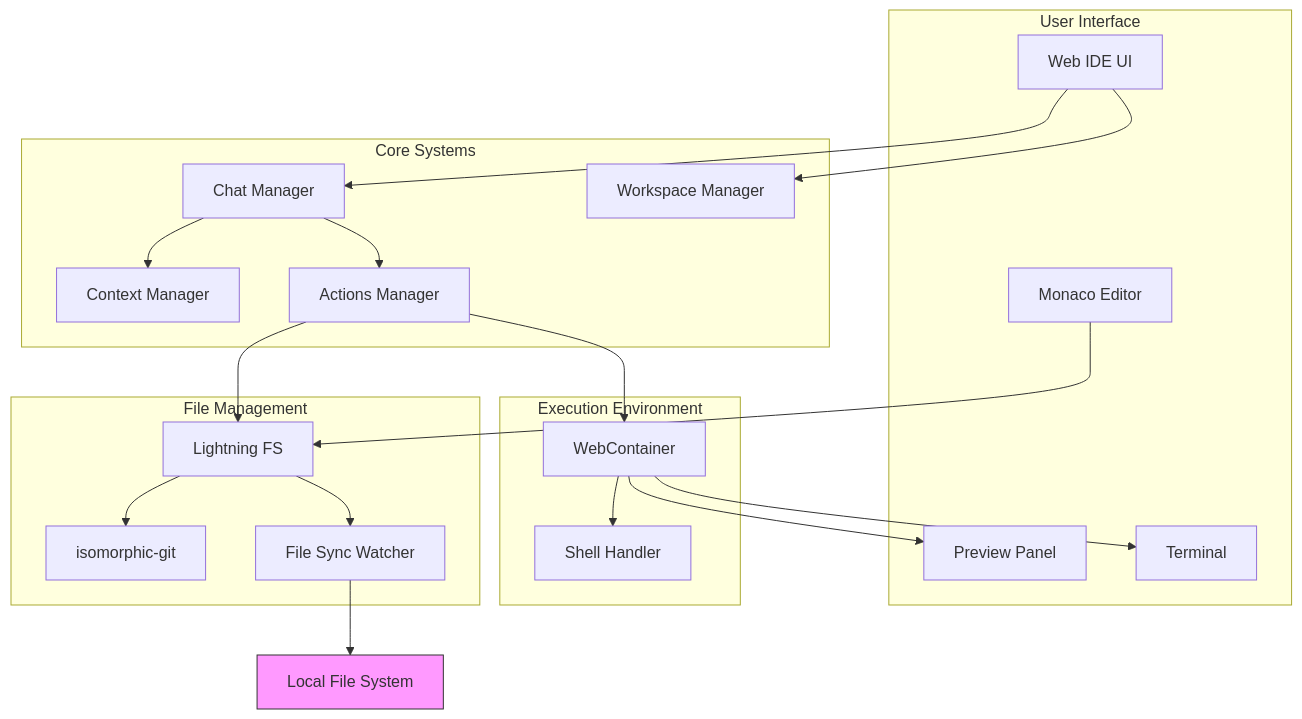
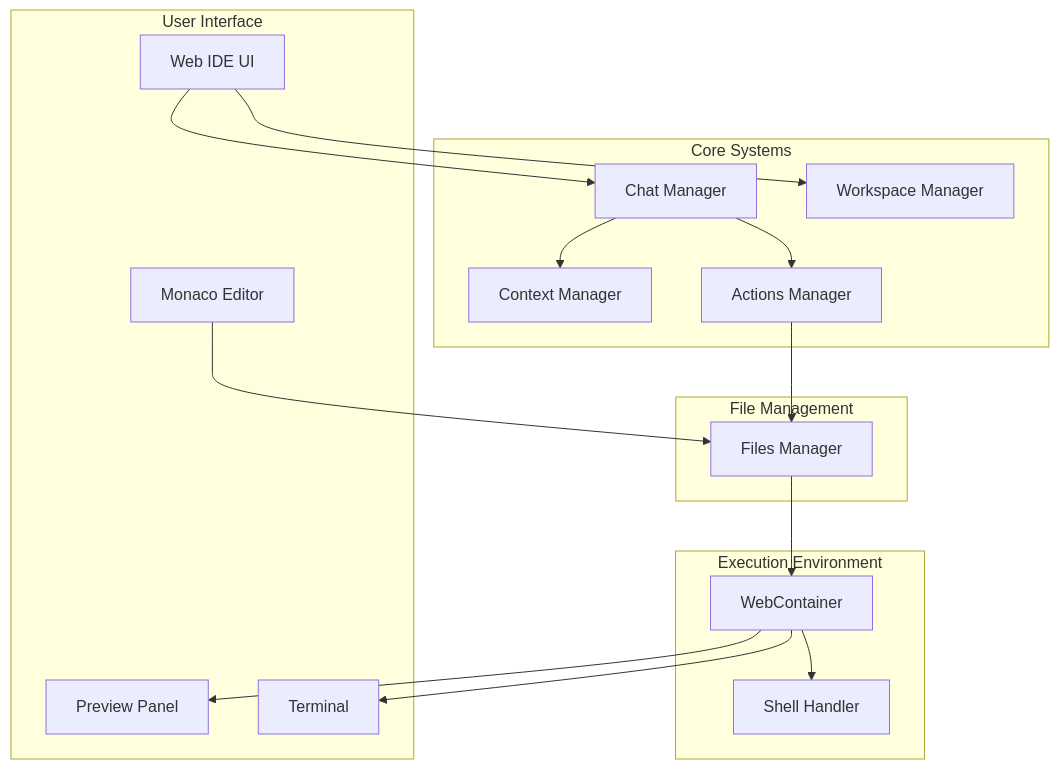
Before and after one commit to mrsimpson/piddie: the first of 16 diagrams in architecture.md, drawn with Mermaid. The commit also changed other lines of this file, not shown here.

````diff
--- a/architecture.md
+++ b/architecture.md
@@ -24,46 +24,39 @@
 ```mermaid
 graph TD
     subgraph "User Interface"
         UI[Web IDE UI]
         ED[Monaco Editor]
         PV[Preview Panel]
         TR[Terminal]
     end
 
     subgraph "Core Systems"
         CHM[Chat Manager]
         CM[Context Manager]
         AM[Actions Manager]
         WM[Workspace Manager]
     end
 
     subgraph "File Management"
-        LFS[Lightning FS]
-        IG[isomorphic-git]
-        FSW[File Sync Watcher]
+        FM[Files Manager]
     end
 
     subgraph "Execution Environment"
         WC[WebContainer]
         SH[Shell Handler]
     end
 
     UI --> CHM
     UI --> WM
-    ED --> LFS
+    ED --> FM
     
     CHM --> CM
     CHM --> AM
-    AM --> LFS
-    AM --> WC
+    AM --> FM
     
-    LFS --> IG
-    LFS --> FSW
-    FSW --> LocalFS[Local File System]
+    FM --> WC
     
     WC --> SH
     WC --> PV
     WC --> TR
-    
-    style LocalFS fill:#f9f,stroke:#333
 ```
````
